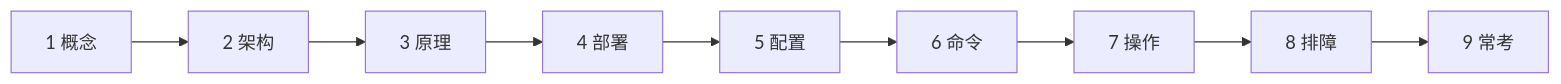
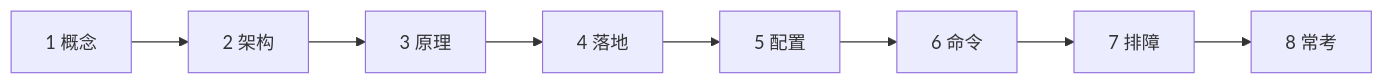
One commit to ml-cuizijun/LearnToLilith changed the first of 6 diagrams in 02-基础底座/12-性能观测与排障/知识点.md. Above: the diagram before and after it, drawn with Mermaid. The commit also changed other lines of this file and 213 other files, not shown here.

````diff
--- a/02-基础底座/12-性能观测与排障/知识点.md
+++ b/02-基础底座/12-性能观测与排障/知识点.md
@@ -3,11 +3,10 @@
 ```mermaid
 flowchart LR
     a[1 概念] --> b[2 架构]
     b --> c[3 原理]
-    c --> d[4 部署]
+    c --> d[4 落地]
     d --> e[5 配置]
     e --> f[6 命令]
-    f --> g[7 操作]
-    g --> h[8 排障]
-    h --> i[9 常考]
+    f --> g[7 排障]
+    g --> h[8 常考]
 ```
````
